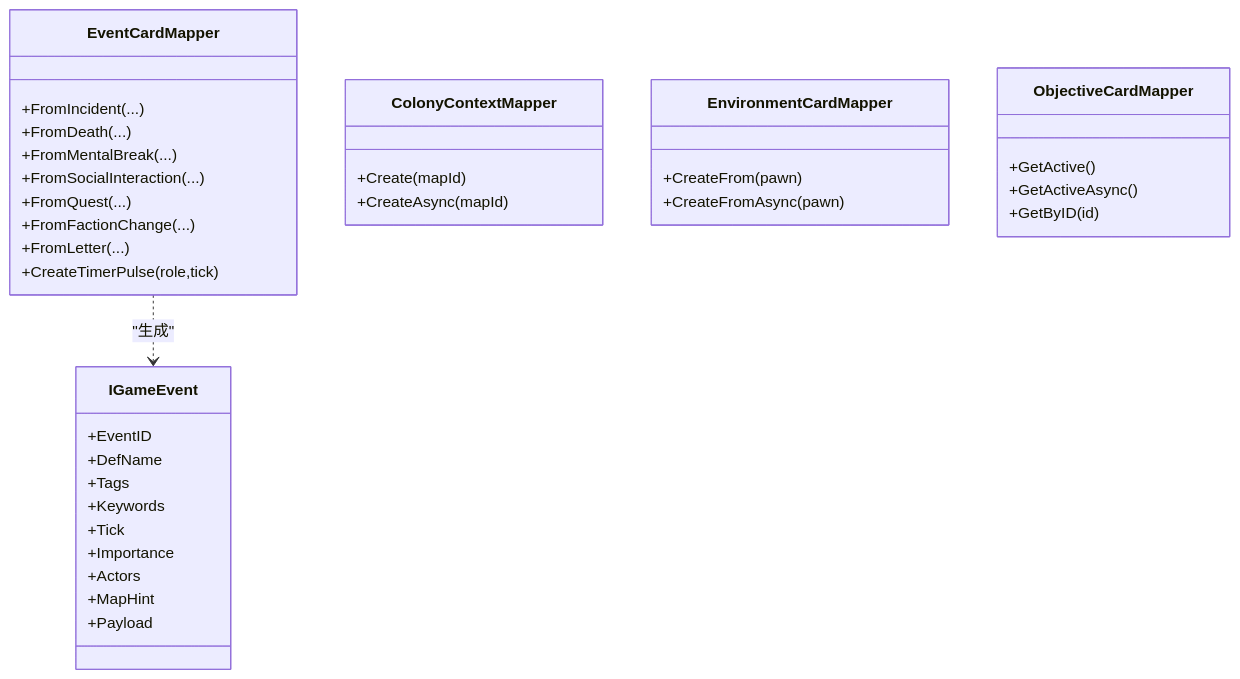
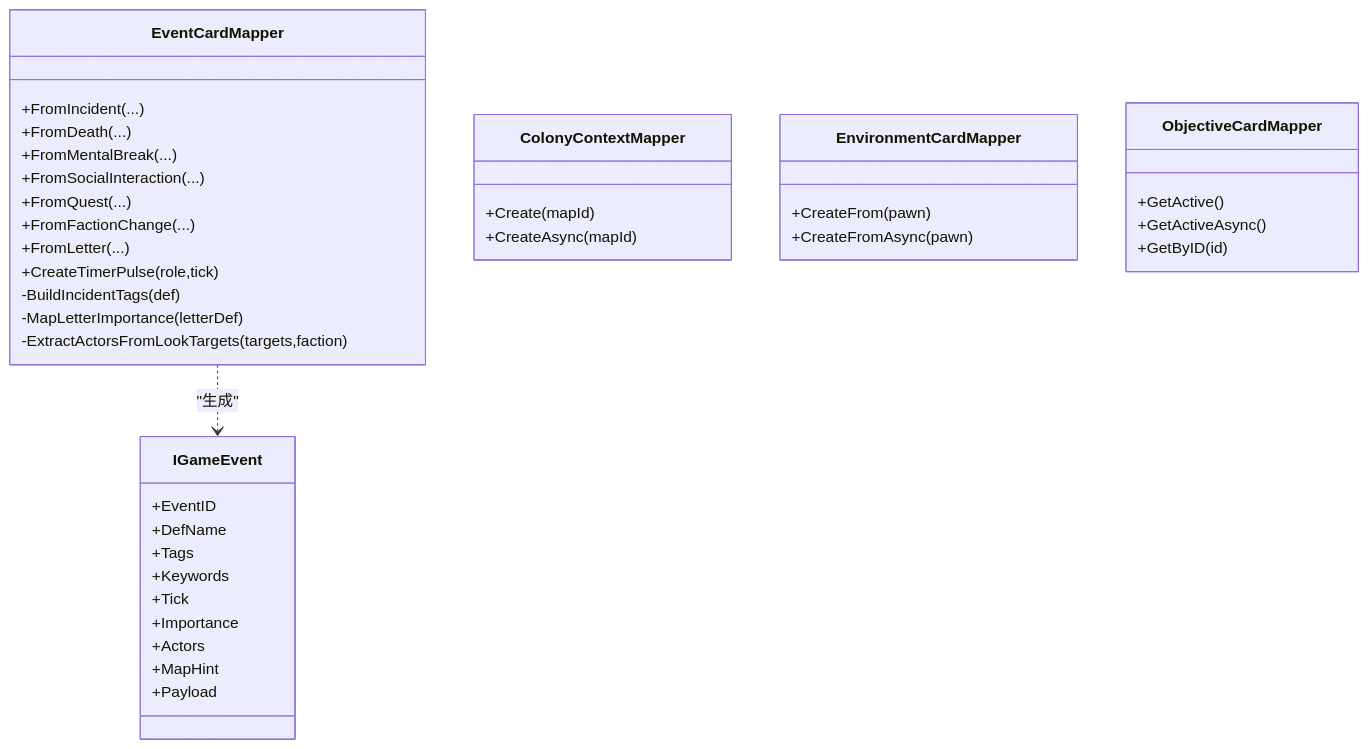
Before and after one commit to suzvka/RimLife: the fifth of 8 diagrams in .qoder/repowiki/zh/content/事件系统集成.md, drawn with Mermaid. The commit also changed other lines of this file and 19 other files, not shown here.

````diff
--- a/.qoder/repowiki/zh/content/事件系统集成.md
+++ b/.qoder/repowiki/zh/content/事件系统集成.md
@@ -193,38 +255,41 @@
 ```mermaid
 classDiagram
 class EventCardMapper {
 +FromIncident(...)
 +FromDeath(...)
 +FromMentalBreak(...)
 +FromSocialInteraction(...)
 +FromQuest(...)
 +FromFactionChange(...)
 +FromLetter(...)
 +CreateTimerPulse(role,tick)
+-BuildIncidentTags(def)
+-MapLetterImportance(letterDef)
+-ExtractActorsFromLookTargets(targets,faction)
 }
 class ColonyContextMapper {
 +Create(mapId)
 +CreateAsync(mapId)
 }
 class EnvironmentCardMapper {
 +CreateFrom(pawn)
 +CreateFromAsync(pawn)
 }
 class ObjectiveCardMapper {
 +GetActive()
 +GetActiveAsync()
 +GetByID(id)
 }
 class IGameEvent {
 +EventID
 +DefName
 +Tags
 +Keywords
 +Tick
 +Importance
 +Actors
 +MapHint
 +Payload
 }
 EventCardMapper ..> IGameEvent : "生成"
 ```
````
